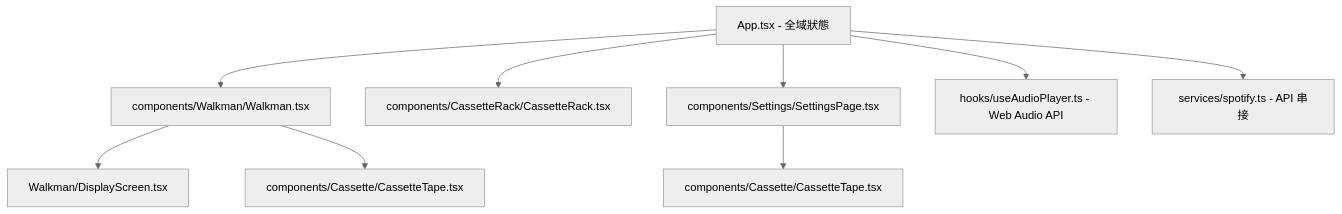
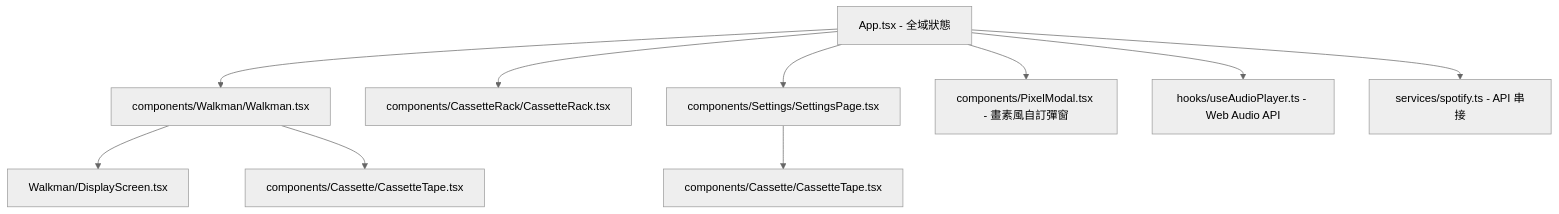
Before and after one commit to hitanyah/pixel-cassette-player: the first of 2 diagrams in doc/planning.md, drawn with Mermaid (neutral theme). The commit also changed other lines of this file and 3 other files, not shown here.

Commit message:
docs: update documentation to reflect custom PixelModal and Spotify player stability improvements

````diff
--- a/doc/planning.md
+++ b/doc/planning.md
@@ -16,14 +16,15 @@
 ```mermaid
 graph TD
     App[App.tsx - 全域狀態] --> Walkman[components/Walkman/Walkman.tsx]
     App --> CassetteRack[components/CassetteRack/CassetteRack.tsx]
     App --> SettingsPage[components/Settings/SettingsPage.tsx]
+    App --> PixelModal[components/PixelModal.tsx - 畫素風自訂彈窗]
     
     Walkman --> DisplayScreen[Walkman/DisplayScreen.tsx]
     Walkman --> CassetteTape[components/Cassette/CassetteTape.tsx]
     
     SettingsPage --> CassetteTapePreview[components/Cassette/CassetteTape.tsx]
     
     App --> useAudioPlayer[hooks/useAudioPlayer.ts - Web Audio API]
     App --> spotifyService[services/spotify.ts - API 串接]
 ```
````
